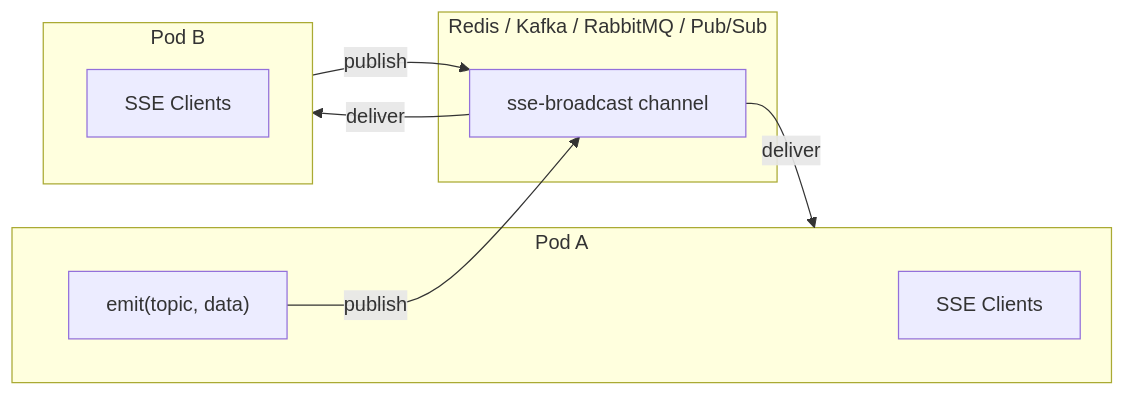
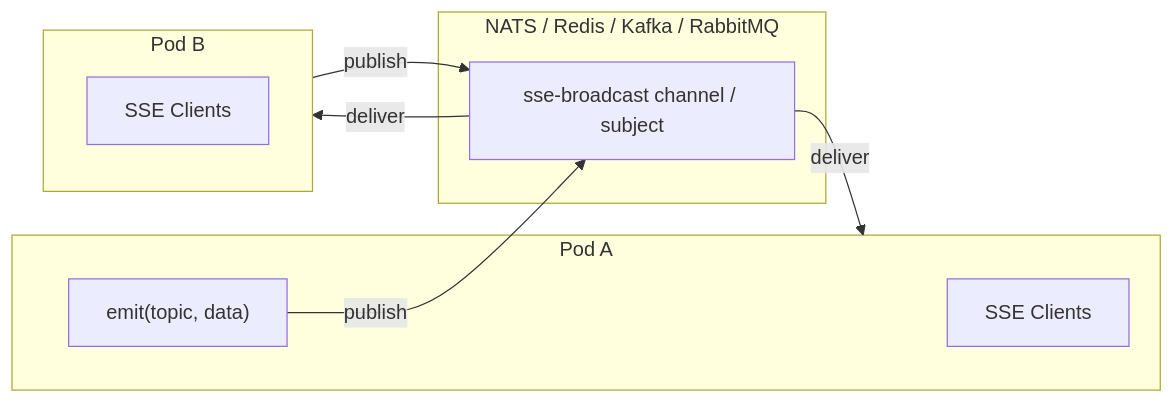
One commit to spectrayan/server-sent-events changed the first of 2 diagrams in README.md. Above: the diagram before and after it, drawn with Mermaid. The commit also changed other lines of this file and 10 other files, not shown here.

First line of the commit message:
feat(bridge-nats): add NATS broadcast bridge for lightweight multi-pod fan-out (#66)

````diff
--- a/README.md
+++ b/README.md
@@ -184,17 +208,17 @@
 ```mermaid
 flowchart LR
     subgraph PodA["Pod A"]
         A1["SSE Clients"]
         A2["emit(topic, data)"]
     end
-    subgraph Broker["Redis / Kafka / RabbitMQ / Pub/Sub"]
-        B1["sse-broadcast channel"]
+    subgraph Broker["NATS / Redis / Kafka / RabbitMQ"]
+        B1["sse-broadcast channel / subject"]
     end
     subgraph PodB["Pod B"]
         B2["SSE Clients"]
     end
     A2 -- publish --> B1
     B1 -- deliver --> PodB
     PodB -- publish --> B1
     B1 -- deliver --> PodA
 ```
````
